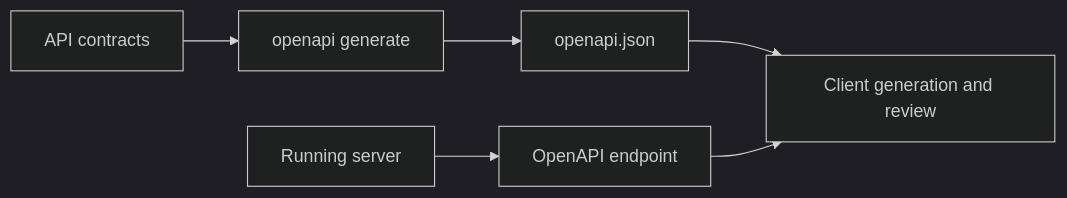
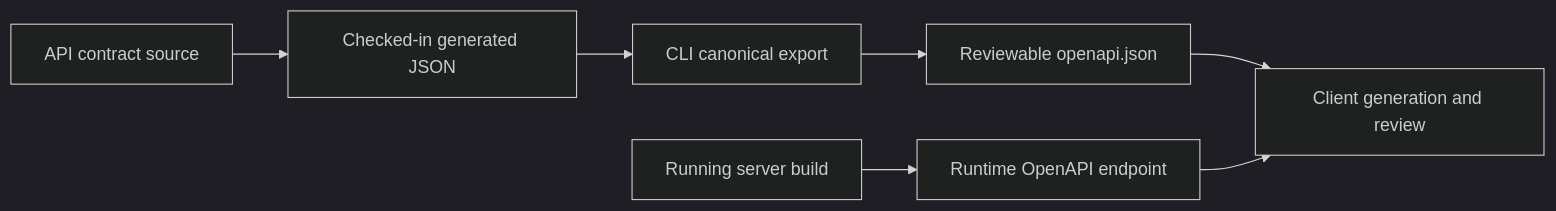
One commit to bijux/bijux-atlas changed the first of 3 diagrams in docs/bijux-atlas/interfaces/openapi-and-api-usage.md. Above: the diagram before and after it, drawn with Mermaid (dark theme). The commit also changed other lines of this file and 2 other files, not shown here.

Commit message:
docs(interfaces): define HTTP identity and failure contracts

````diff
--- a/docs/bijux-atlas/interfaces/openapi-and-api-usage.md
+++ b/docs/bijux-atlas/interfaces/openapi-and-api-usage.md
@@ -18,8 +18,9 @@
 ```mermaid
 flowchart LR
-    Contracts[API contracts] --> Generate[openapi generate]
-    Generate --> File[openapi.json]
-    Runtime[Running server] --> Endpoint[OpenAPI endpoint]
+    Contracts[API contract source] --> Generated[Checked-in generated JSON]
+    Generated --> Export[CLI canonical export]
+    Runtime[Running server build] --> Endpoint[Runtime OpenAPI endpoint]
+    Export --> File[Reviewable openapi.json]
     File --> Consumers[Client generation and review]
     Endpoint --> Consumers
 ```
````
